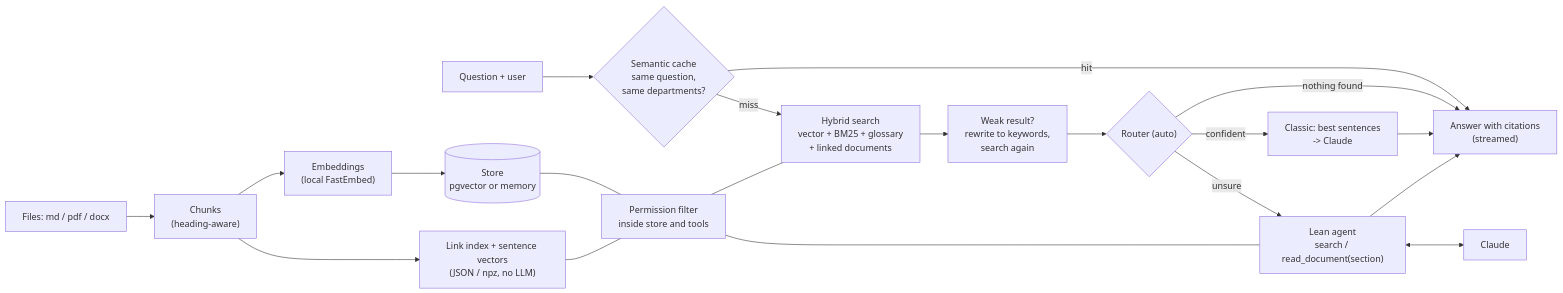
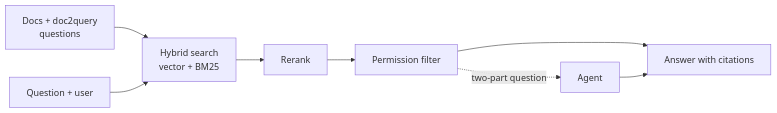
One commit to omaraldulimay/knowledge-search changed the diagram in README.md. Above: the diagram before and after it, drawn with Mermaid. The commit also changed other lines of this file and 7 other files, not shown here.

````diff
--- a/README.md
+++ b/README.md
@@ -21,24 +20,9 @@
 ```mermaid
 flowchart LR
-  F["Files: md / pdf / docx"] --> C["Chunks<br/>(heading-aware)"]
-  C --> E["Embeddings<br/>(local FastEmbed)"]
-  E --> S[("Store<br/>pgvector or memory")]
-  C --> K["Link index + sentence vectors<br/>(JSON / npz, no LLM)"]
-
-  Q["Question + user"] --> CA{"Semantic cache<br/>same question,<br/>same departments?"}
-  CA -->|hit| A
-  CA -->|miss| H["Hybrid search<br/>vector + BM25 + glossary<br/>+ linked documents"]
-  H --> W["Weak result?<br/>rewrite to keywords,<br/>search again"]
-  W --> R{"Router (auto)"}
-  R -->|nothing found| A
-  R -->|confident| CL["Classic: best sentences<br/>-> Claude"]
-  R -->|unsure| T["Lean agent<br/>search / read_document(section)"]
-  CL --> A["Answer with citations<br/>(streamed)"]
-  T <--> L["Claude"]
-  T --> A
-
-  S --- P["Permission filter<br/>inside store and tools"]
-  K --- P
-  P --- H
-  P --- T
+  D["Docs + doc2query<br/>questions"] --> H["Hybrid search<br/>vector + BM25"]
+  Q["Question + user"] --> H
+  H --> R["Rerank"]
+  R --> P["Permission filter"]
+  P --> A["Answer with citations"]
+  P -.->|two-part question| G["Agent"] --> A
 ```
````
